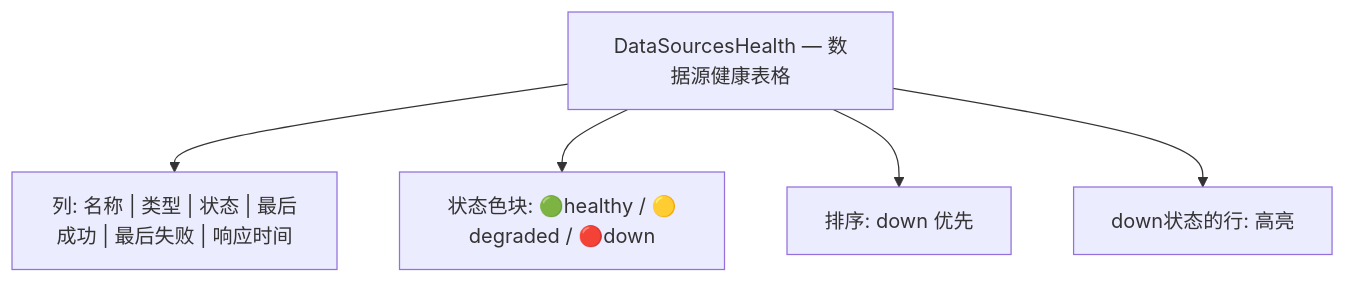
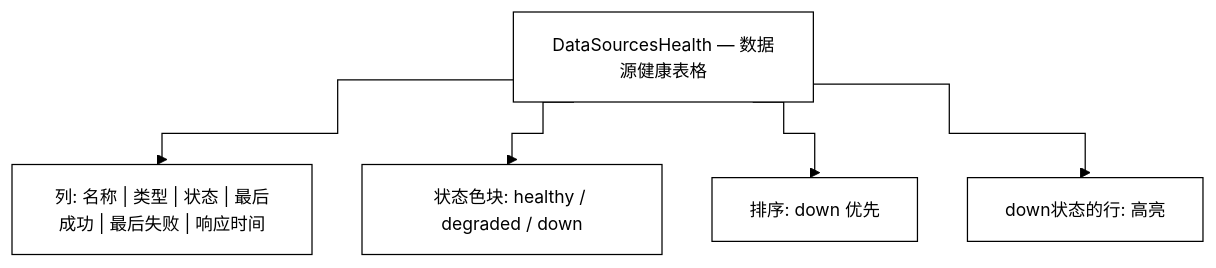
The first of 3 diagrams in docs/design/dashboard-tab.md (onceme/instantboard), drawn with Mermaid before and after one commit. The commit also changed other lines of this file and 11 other files, not shown here.

Commit message:
docs: unify mermaid diagrams to black-and-white orthogonal style

````diff
--- a/docs/design/dashboard-tab.md
+++ b/docs/design/dashboard-tab.md
@@ -68,8 +68,9 @@
 ```mermaid
+%%{init: {"theme": "base", "themeVariables": {"background": "#ffffff", "primaryColor": "#ffffff", "primaryTextColor": "#000000", "primaryBorderColor": "#000000", "lineColor": "#000000", "secondaryColor": "#ffffff", "secondaryTextColor": "#000000", "secondaryBorderColor": "#000000", "tertiaryColor": "#ffffff", "tertiaryTextColor": "#000000", "tertiaryBorderColor": "#000000", "edgeLabelBackground": "#ffffff", "textColor": "#000000", "nodeTextColor": "#000000", "mainBkg": "#ffffff", "nodeBorder": "#000000", "clusterBkg": "#ffffff", "clusterBdr": "#000000", "clusterTextColor": "#000000", "titleColor": "#000000", "fontSize": "14px"}, "flowchart": {"curve": "step", "nodeSpacing": 40, "rankSpacing": 50, "wrappingWidth": 180, "useMaxWidth": true}}}%%
 graph TD
   DSH["DataSourcesHealth — 数据源健康表格"]
   DSH --> Columns["列: 名称 | 类型 | 状态 | 最后成功 | 最后失败 | 响应时间"]
-  DSH --> StatusColors["状态色块: 🟢healthy / 🟡degraded / 🔴down"]
+  DSH --> StatusColors["状态色块: healthy / degraded / down"]
   DSH --> Sort["排序: down 优先"]
   DSH --> DownHL["down状态的行: 高亮"]
 ```
````
